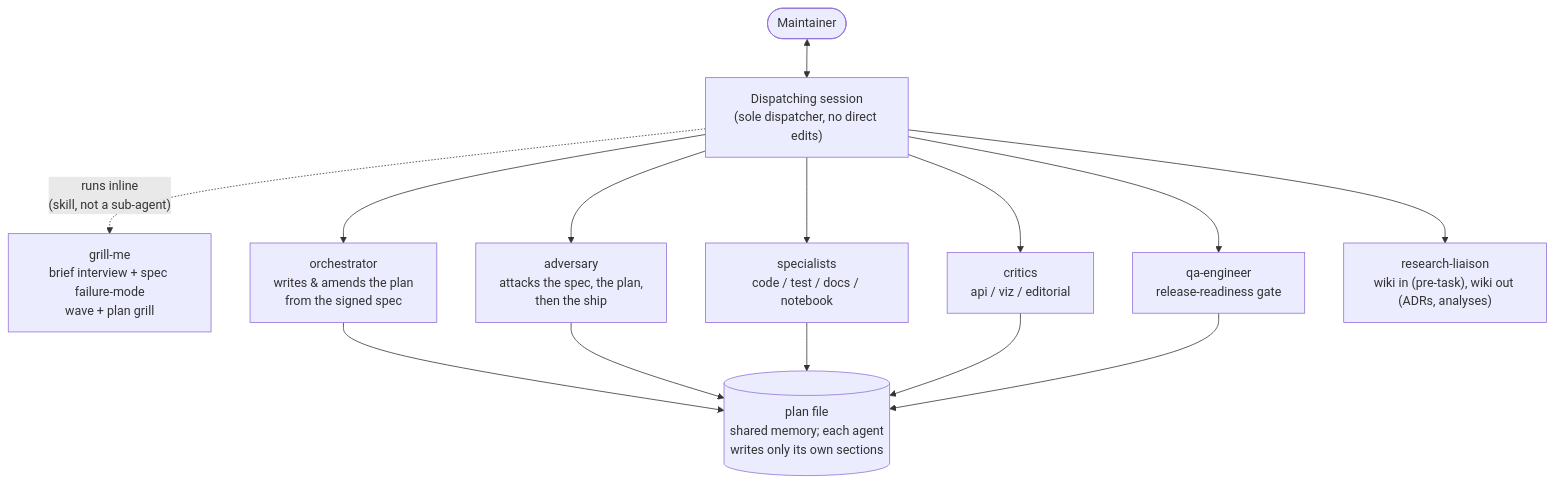
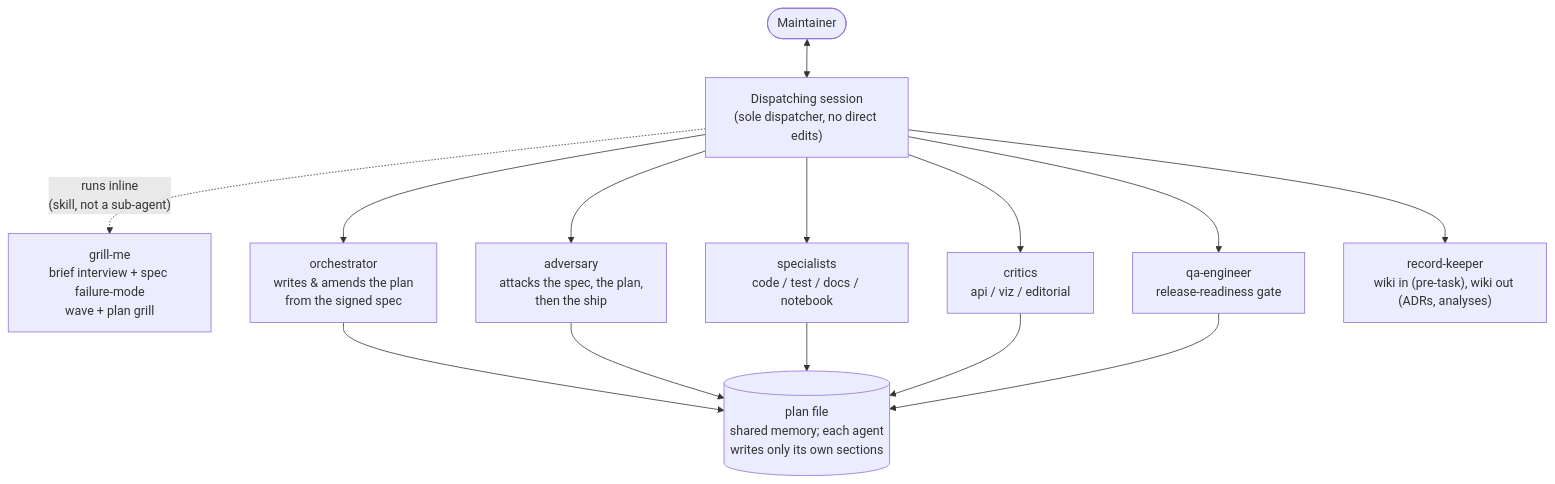
One commit to gjkoplik/hiveplotlib-agent-harness changed the first of 2 diagrams in README.md. Above: the diagram before and after it, drawn with Mermaid. The commit also changed other lines of this file and 16 other files, not shown here.

Commit message:
record keeper rename

````diff
--- a/README.md
+++ b/README.md
@@ -24,16 +24,16 @@
 ```mermaid
 flowchart TD
     M([Maintainer]) <--> DS["Dispatching session<br/>(sole dispatcher, no direct edits)"]
     DS -. "runs inline<br/>(skill, not a sub-agent)" .-> GRILL["grill-me<br/>brief interview + spec failure-mode<br/>wave + plan grill"]
     DS --> ORCH["orchestrator<br/>writes & amends the plan<br/>from the signed spec"]
     DS --> ADV["adversary<br/>attacks the spec, the plan,<br/>then the ship"]
     DS --> SPEC["specialists<br/>code / test / docs / notebook"]
     DS --> CRIT["critics<br/>api / viz / editorial"]
     DS --> QA["qa-engineer<br/>release-readiness gate"]
-    DS --> RL["research-liaison<br/>wiki in (pre-task), wiki out (ADRs, analyses)"]
+    DS --> RL["record-keeper<br/>wiki in (pre-task), wiki out (ADRs, analyses)"]
     ORCH --> PLAN[("plan file<br/>shared memory; each agent<br/>writes only its own sections")]
     ADV --> PLAN
     SPEC --> PLAN
     CRIT --> PLAN
     QA --> PLAN
 ```
````
